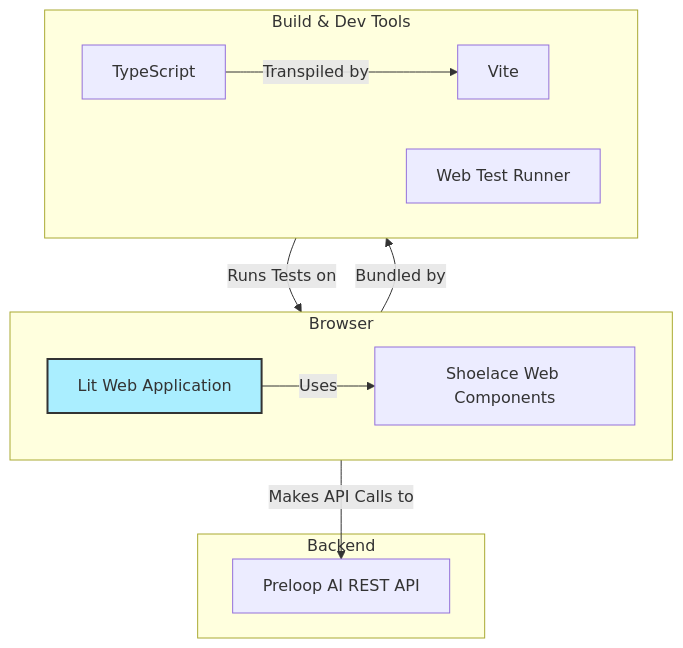
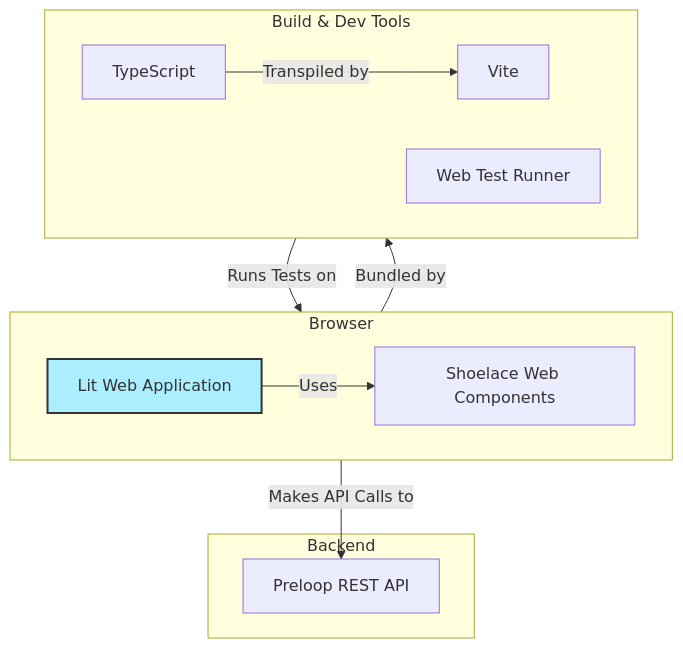
The second of 7 diagrams in ARCHITECTURE.md (GiorgosAlexakis/preloop), drawn with Mermaid before and after one commit. The commit also changed other lines of this file and 818 other files, not shown here.

````diff
--- a/ARCHITECTURE.md
+++ b/ARCHITECTURE.md
@@ -66,27 +66,27 @@
 ```mermaid
 graph TD
     subgraph "Browser"
         direction LR
         WebApp["Lit Web Application"]
         Shoelace["Shoelace Web Components"]
         WebApp -- Uses --> Shoelace
     end
 
     subgraph "Build & Dev Tools"
         direction LR
         Vite["Vite"]
         TypeScript["TypeScript"]
         WTR["Web Test Runner"]
     end
 
     subgraph "Backend"
-        PreloopAPI["Preloop AI REST API"]
+        PreloopAPI["Preloop REST API"]
     end
 
     WebApp -- Bundled by --> Vite
     TypeScript -- Transpiled by --> Vite
     WebApp -- Makes API Calls to --> PreloopAPI
     WTR -- Runs Tests on --> WebApp
 
     style WebApp fill:#aef,stroke:#333,stroke-width:2px
 ```
````
